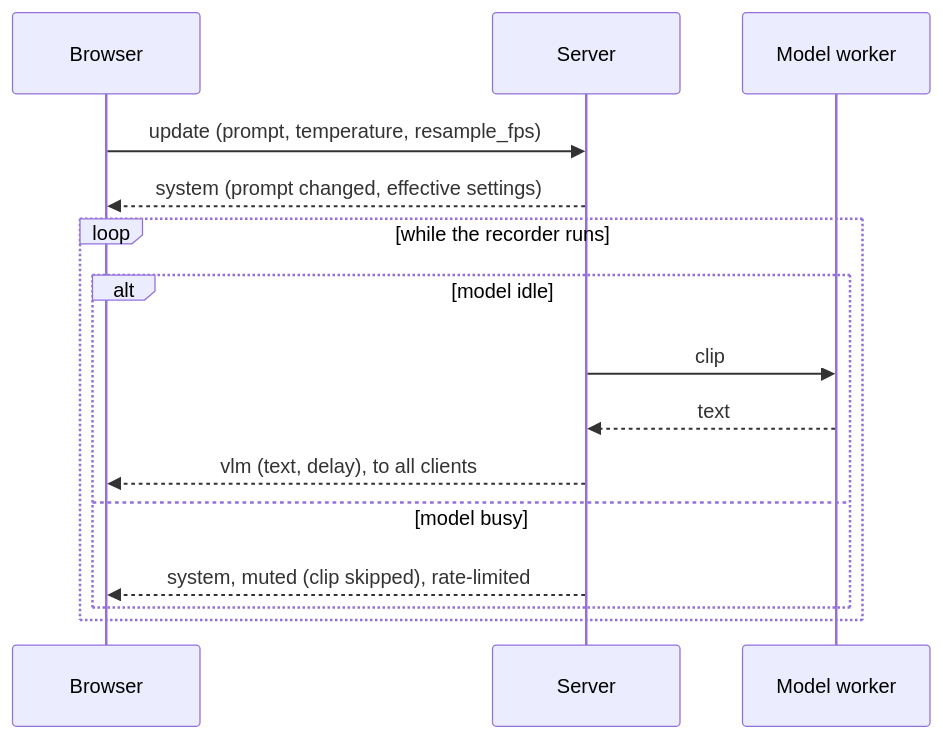
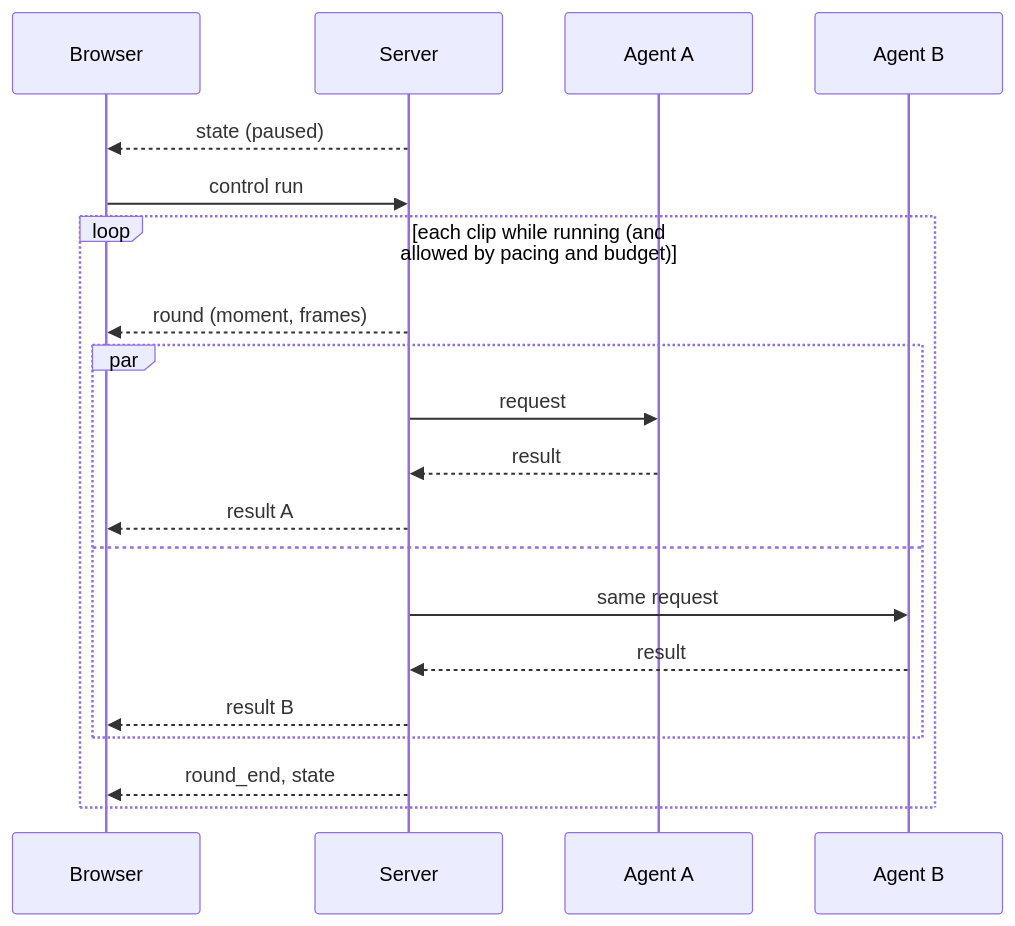
One commit to LordLokator/VLMPromptEngineeringSandbox changed the second of 2 diagrams in README.md. Above: the diagram before and after it, drawn with Mermaid. The commit also changed other lines of this file and 26 other files, not shown here.

First line of the commit message:
feat: two-agent compare view on a typed protocol with spend control (#17)

````diff
--- a/README.md
+++ b/README.md
@@ -179,17 +202,22 @@
 ```mermaid
 sequenceDiagram
     participant B as Browser
     participant S as Server
-    participant M as Model worker
-    B->>S: update (prompt, temperature, resample_fps)
-    S-->>B: system (prompt changed, effective settings)
-    loop while the recorder runs
-        alt model idle
-            S->>M: clip
-            M-->>S: text
-            S-->>B: vlm (text, delay), to all clients
-        else model busy
-            S-->>B: system, muted (clip skipped), rate-limited
+    participant A as Agent A
+    participant C as Agent B
+    S-->>B: state (paused)
+    B->>S: control run
+    loop each clip while running (and allowed by pacing and budget)
+        S-->>B: round (moment, frames)
+        par
+            S->>A: request
+            A-->>S: result
+            S-->>B: result A
+        and
+            S->>C: same request
+            C-->>S: result
+            S-->>B: result B
         end
+        S-->>B: round_end, state
     end
 ```
````
